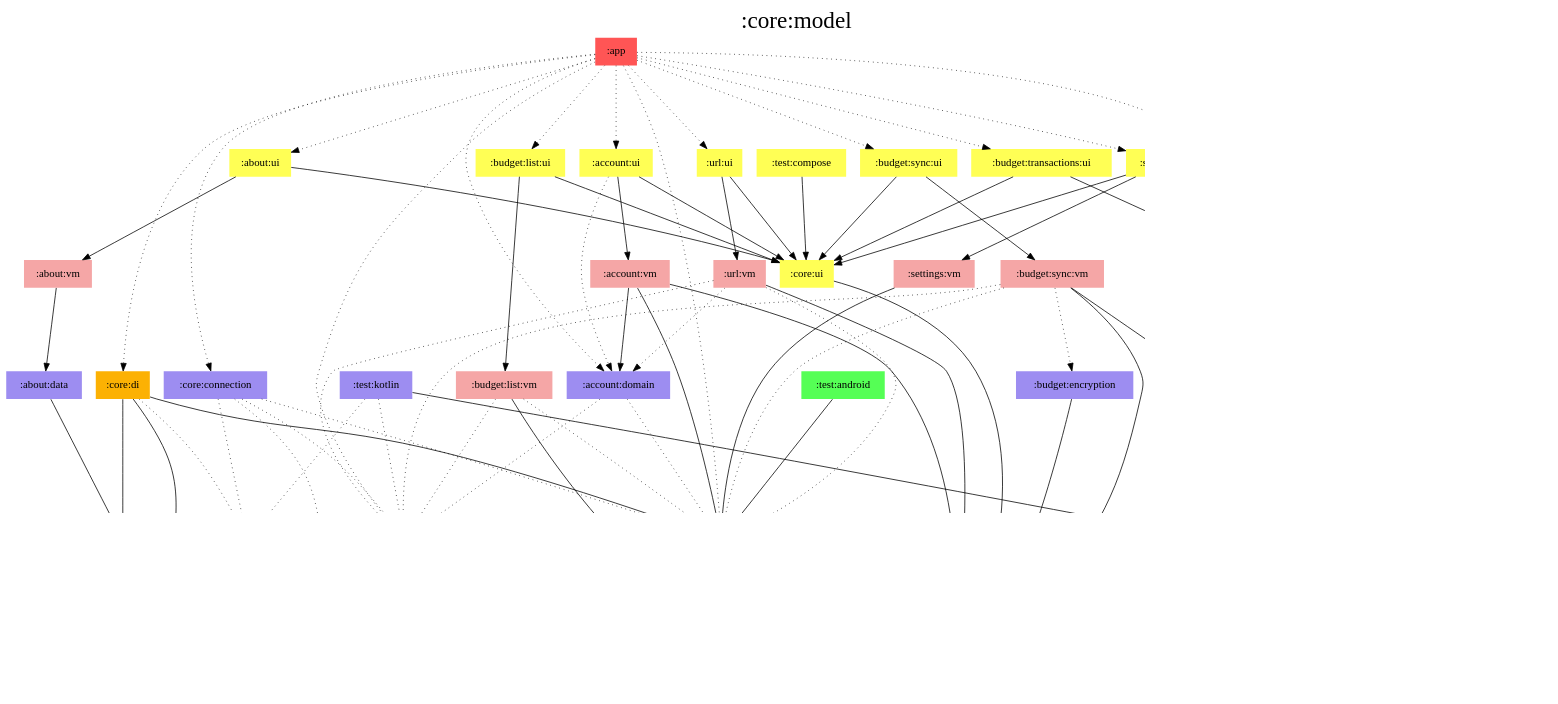
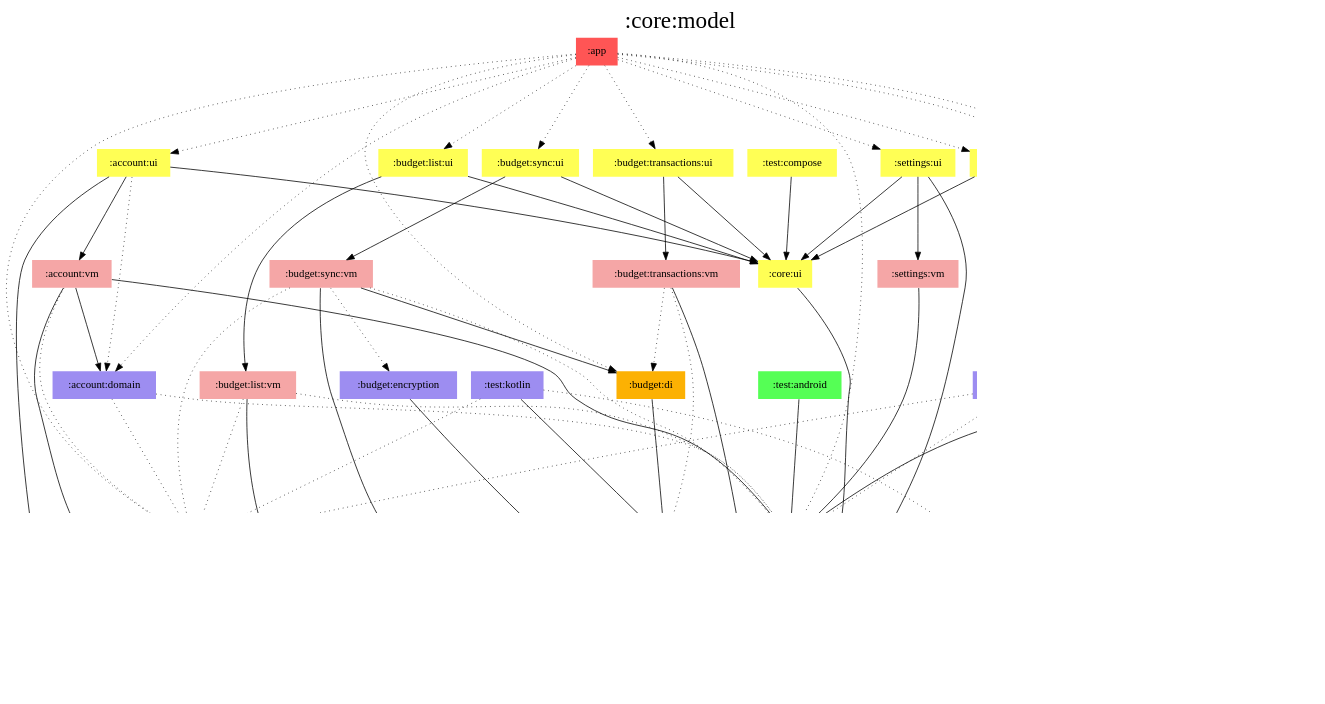
One commit to jonapoul/aktual changed the diagram in modules/core/model/modules.dot. Above: the diagram before and after it, drawn with Graphviz. The commit also changed 58 other files, not shown here.

Commit message:
Merge url into account

```diff
--- a/modules/core/model/modules.dot
+++ b/modules/core/model/modules.dot
@@ -1,128 +1,121 @@
 digraph {
 edge ["dir"="forward"]
 graph ["dpi"="100","label"=":core:model","labelloc"="t","fontsize"="30","ranksep"="1.5","rankdir"="TB"]
 node ["style"="filled"]
 ":about:data" ["fillcolor"="#9D8DF1","shape"="none"]
 ":about:ui" ["fillcolor"="#FFFF55","shape"="none"]
 ":about:vm" ["fillcolor"="#F5A6A6","shape"="none"]
 ":account:domain" ["fillcolor"="#9D8DF1","shape"="none"]
 ":account:ui" ["fillcolor"="#FFFF55","shape"="none"]
 ":account:vm" ["fillcolor"="#F5A6A6","shape"="none"]
 ":api:actual" ["fillcolor"="#9D8DF1","shape"="none"]
 ":api:builder" ["fillcolor"="#9D8DF1","shape"="none"]
 ":api:github" ["fillcolor"="#9D8DF1","shape"="none"]
 ":app" ["fillcolor"="#FF5555","shape"="none"]
 ":budget:db" ["fillcolor"="#9D8DF1","shape"="none"]
 ":budget:di" ["fillcolor"="#FCB103","shape"="none"]
 ":budget:encryption" ["fillcolor"="#9D8DF1","shape"="none"]
 ":budget:list:ui" ["fillcolor"="#FFFF55","shape"="none"]
 ":budget:list:vm" ["fillcolor"="#F5A6A6","shape"="none"]
 ":budget:sync:ui" ["fillcolor"="#FFFF55","shape"="none"]
 ":budget:sync:vm" ["fillcolor"="#F5A6A6","shape"="none"]
 ":budget:transactions:ui" ["fillcolor"="#FFFF55","shape"="none"]
 ":budget:transactions:vm" ["fillcolor"="#F5A6A6","shape"="none"]
 ":core:connection" ["fillcolor"="#9D8DF1","shape"="none"]
 ":core:di" ["fillcolor"="#FCB103","shape"="none"]
 ":core:model" ["fillcolor"="#9D8DF1","color"="black","penwidth"="3","shape"="box"]
 ":core:ui" ["fillcolor"="#FFFF55","shape"="none"]
 ":prefs" ["fillcolor"="#9D8DF1","shape"="none"]
 ":settings:ui" ["fillcolor"="#FFFF55","shape"="none"]
 ":settings:vm" ["fillcolor"="#F5A6A6","shape"="none"]
 ":test:android" ["fillcolor"="#55FF55","shape"="none"]
 ":test:compose" ["fillcolor"="#FFFF55","shape"="none"]
 ":test:kotlin" ["fillcolor"="#9D8DF1","shape"="none"]
-":url:ui" ["fillcolor"="#FFFF55","shape"="none"]
-":url:vm" ["fillcolor"="#F5A6A6","shape"="none"]
 {
 edge ["dir"="none"]
 graph ["rank"="same"]
 ":core:model"
 }
 ":about:data" -> ":api:github"
 ":about:ui" -> ":about:vm"
 ":about:ui" -> ":core:ui"
 ":about:vm" -> ":about:data"
 ":account:domain" -> ":api:actual" ["style"="dotted"]
 ":account:domain" -> ":prefs" ["style"="dotted"]
 ":account:ui" -> ":account:domain" ["style"="dotted"]
 ":account:ui" -> ":account:vm"
+":account:ui" -> ":core:model"
 ":account:ui" -> ":core:ui"
 ":account:vm" -> ":account:domain"
+":account:vm" -> ":api:actual" ["style"="dotted"]
 ":account:vm" -> ":core:model"
 ":account:vm" -> ":prefs"
 ":api:actual" -> ":core:model"
 ":api:builder" -> ":core:model"
 ":api:github" -> ":core:model"
 ":app" -> ":about:ui" ["style"="dotted"]
 ":app" -> ":account:domain" ["style"="dotted"]
 ":app" -> ":account:ui" ["style"="dotted"]
 ":app" -> ":api:actual" ["style"="dotted"]
 ":app" -> ":budget:di" ["style"="dotted"]
 ":app" -> ":budget:list:ui" ["style"="dotted"]
 ":app" -> ":budget:sync:ui" ["style"="dotted"]
 ":app" -> ":budget:transactions:ui" ["style"="dotted"]
 ":app" -> ":core:connection" ["style"="dotted"]
 ":app" -> ":core:di" ["style"="dotted"]
 ":app" -> ":prefs" ["style"="dotted"]
 ":app" -> ":settings:ui" ["style"="dotted"]
-":app" -> ":url:ui" ["style"="dotted"]
 ":budget:db" -> ":core:model"
 ":budget:di" -> ":budget:db"
 ":budget:encryption" -> ":core:model"
 ":budget:list:ui" -> ":budget:list:vm"
 ":budget:list:ui" -> ":core:ui"
 ":budget:list:vm" -> ":api:actual" ["style"="dotted"]
 ":budget:list:vm" -> ":core:model"
 ":budget:list:vm" -> ":prefs" ["style"="dotted"]
 ":budget:sync:ui" -> ":budget:sync:vm"
 ":budget:sync:ui" -> ":core:ui"
 ":budget:sync:vm" -> ":api:actual" ["style"="dotted"]
 ":budget:sync:vm" -> ":budget:di"
 ":budget:sync:vm" -> ":budget:encryption" ["style"="dotted"]
 ":budget:sync:vm" -> ":core:model"
 ":budget:sync:vm" -> ":prefs" ["style"="dotted"]
 ":budget:transactions:ui" -> ":budget:transactions:vm"
 ":budget:transactions:ui" -> ":core:ui"
 ":budget:transactions:vm" -> ":budget:db" ["style"="dotted"]
 ":budget:transactions:vm" -> ":budget:di" ["style"="dotted"]
 ":budget:transactions:vm" -> ":core:model"
 ":core:connection" -> ":api:actual" ["style"="dotted"]
 ":core:connection" -> ":api:builder" ["style"="dotted"]
 ":core:connection" -> ":core:model" ["style"="dotted"]
 ":core:connection" -> ":prefs" ["style"="dotted"]
 ":core:di" -> ":api:builder" ["style"="dotted"]
 ":core:di" -> ":api:github"
 ":core:di" -> ":core:model"
 ":core:di" -> ":prefs"
 ":core:ui" -> ":core:model"
 ":prefs" -> ":core:model"
 ":settings:ui" -> ":core:model"
 ":settings:ui" -> ":core:ui"
 ":settings:ui" -> ":settings:vm"
 ":settings:vm" -> ":prefs"
 ":test:android" -> ":prefs"
 ":test:compose" -> ":core:ui"
 ":test:kotlin" -> ":api:actual" ["style"="dotted"]
 ":test:kotlin" -> ":api:builder" ["style"="dotted"]
 ":test:kotlin" -> ":budget:db"
-":url:ui" -> ":core:ui"
-":url:ui" -> ":url:vm"
-":url:vm" -> ":account:domain" ["style"="dotted"]
-":url:vm" -> ":api:actual" ["style"="dotted"]
-":url:vm" -> ":core:model"
-":url:vm" -> ":prefs" ["style"="dotted"]
 subgraph "cluster_legend" {
 edge ["dir"="none"]
 graph ["label"="Legend","fontsize"="20"]
 "Legend" ["style"="filled","fillcolor"="#FFFFFF","shape"="none","margin"="0","fontsize"="15","label"=<
 <TABLE BORDER="0" CELLBORDER="0" CELLSPACING="0" CELLPADDING="4">
 <TR><TD>App</TD><TD BGCOLOR="#FF5555">module-name</TD></TR>
 <TR><TD>ViewModel</TD><TD BGCOLOR="#F5A6A6">module-name</TD></TR>
 <TR><TD>Hilt</TD><TD BGCOLOR="#FCB103">module-name</TD></TR>
 <TR><TD>Compose</TD><TD BGCOLOR="#FFFF55">module-name</TD></TR>
 <TR><TD>Android</TD><TD BGCOLOR="#55FF55">module-name</TD></TR>
 <TR><TD>Multiplatform</TD><TD BGCOLOR="#9D8DF1">module-name</TD></TR>
 </TABLE>
 >]
 } -> ":core:model" ["style"="invis"]
 }
```
